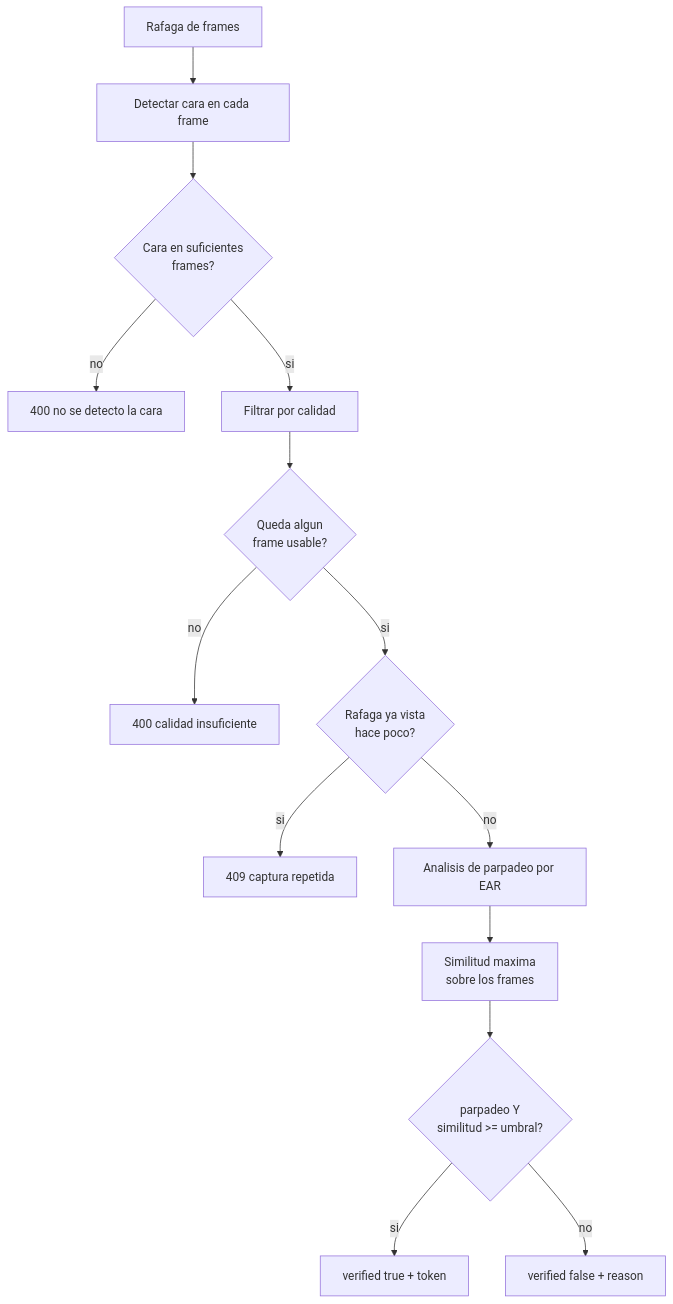
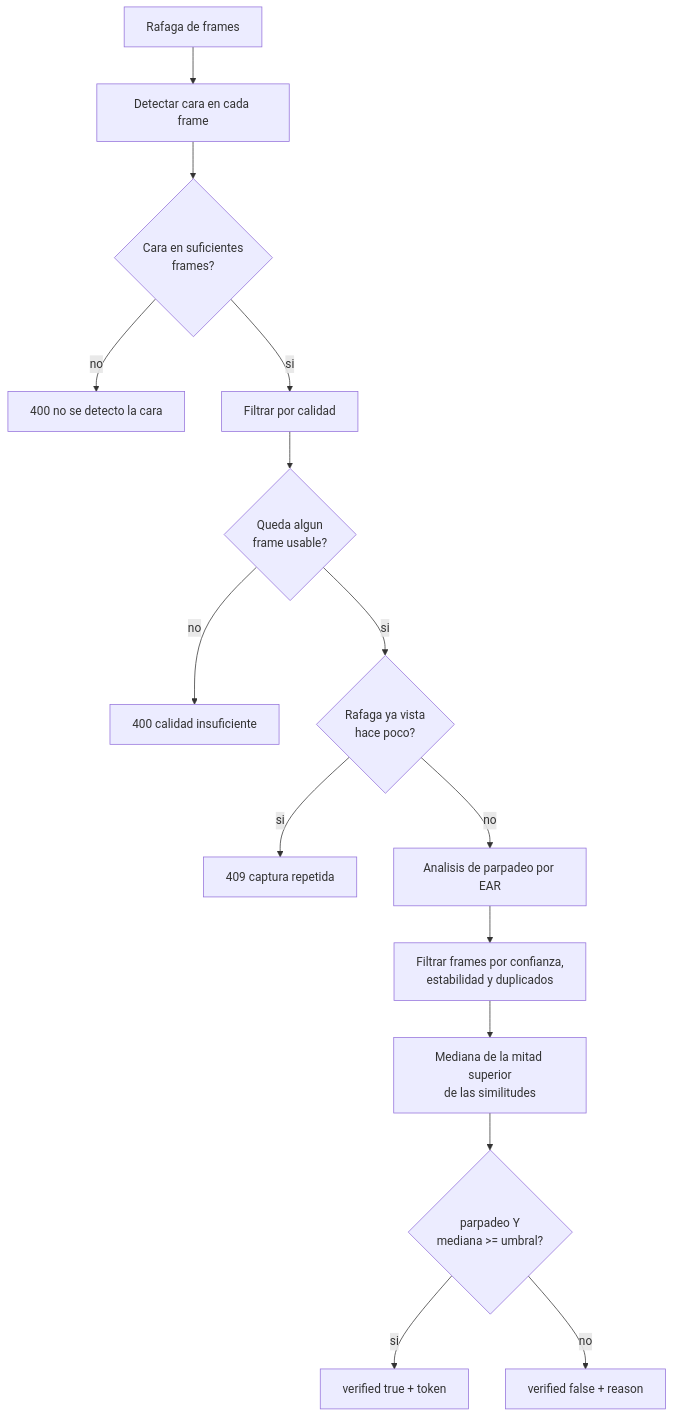
Before and after one commit to AIWaveSystems/biometric-service-py: the second of 2 diagrams in docs/api/rostro.md, drawn with Mermaid. The commit also changed other lines of this file and 3 other files, not shown here.

````diff
--- a/docs/api/rostro.md
+++ b/docs/api/rostro.md
@@ -103,16 +103,17 @@
 ```mermaid
 flowchart TD
     A[Rafaga de frames] --> B[Detectar cara en cada frame]
     B --> C{Cara en suficientes<br/>frames?}
     C -->|no| E1[400 no se detecto la cara]
     C -->|si| D[Filtrar por calidad]
     D --> F{Queda algun<br/>frame usable?}
     F -->|no| E2[400 calidad insuficiente]
     F -->|si| G{Rafaga ya vista<br/>hace poco?}
     G -->|si| E3[409 captura repetida]
     G -->|no| H[Analisis de parpadeo por EAR]
-    H --> I[Similitud maxima<br/>sobre los frames]
-    I --> J{parpadeo Y<br/>similitud >= umbral?}
-    J -->|si| K[verified true + token]
-    J -->|no| L[verified false + reason]
+    H --> I[Filtrar frames por confianza,<br/>estabilidad y duplicados]
+    I --> J[Mediana de la mitad superior<br/>de las similitudes]
+    J --> K{parpadeo Y<br/>mediana >= umbral?}
+    K -->|si| L[verified true + token]
+    K -->|no| M[verified false + reason]
 ```
````
